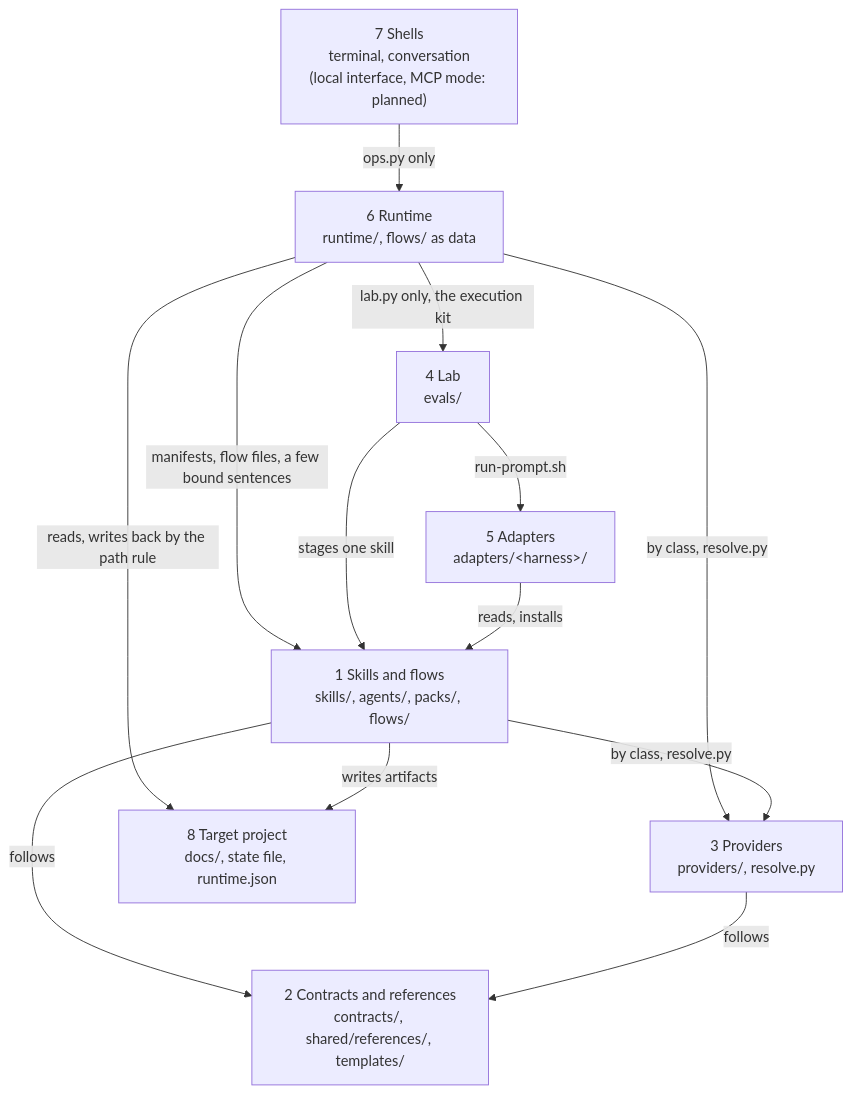
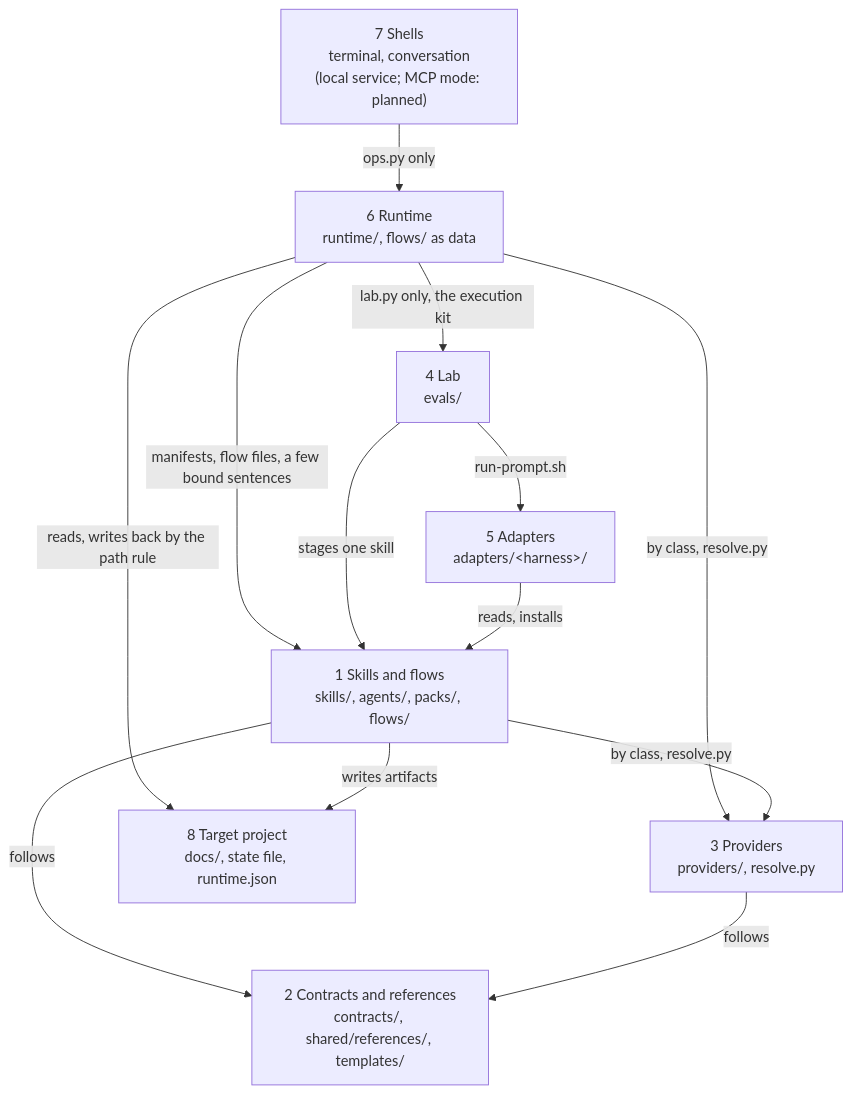
One commit to chrissgon/ai-workbench changed the first of 2 diagrams in docs/architecture/platform/README.md. Above: the diagram before and after it, drawn with Mermaid. The commit also changed other lines of this file and 22 other files, not shown here.

First line of the commit message:
feat(runtime): the local service: the operations layer through an API, with a token and an origin check

````diff
--- a/docs/architecture/platform/README.md
+++ b/docs/architecture/platform/README.md
@@ -62,24 +62,24 @@
 ```mermaid
 flowchart TB
-    L7["7 Shells<br/>terminal, conversation<br/>(local interface, MCP mode: planned)"]
+    L7["7 Shells<br/>terminal, conversation<br/>(local service; MCP mode: planned)"]
     L6["6 Runtime<br/>runtime/, flows/ as data"]
     L5["5 Adapters<br/>adapters/&lt;harness&gt;/"]
     L4["4 Lab<br/>evals/"]
     L3["3 Providers<br/>providers/, resolve.py"]
     L2["2 Contracts and references<br/>contracts/, shared/references/, templates/"]
     L1["1 Skills and flows<br/>skills/, agents/, packs/, flows/"]
     L8["8 Target project<br/>docs/, state file, runtime.json"]
 
     L7 -->|"ops.py only"| L6
     L6 -->|"lab.py only, the execution kit"| L4
     L6 -->|"by class, resolve.py"| L3
     L6 -->|"manifests, flow files, a few bound sentences"| L1
     L6 -->|"reads, writes back by the path rule"| L8
     L4 -->|"stages one skill"| L1
     L4 -->|"run-prompt.sh"| L5
     L5 -->|"reads, installs"| L1
     L1 -->|"follows"| L2
     L3 -->|"follows"| L2
     L1 -->|"writes artifacts"| L8
     L1 -->|"by class, resolve.py"| L3
 ```
````
